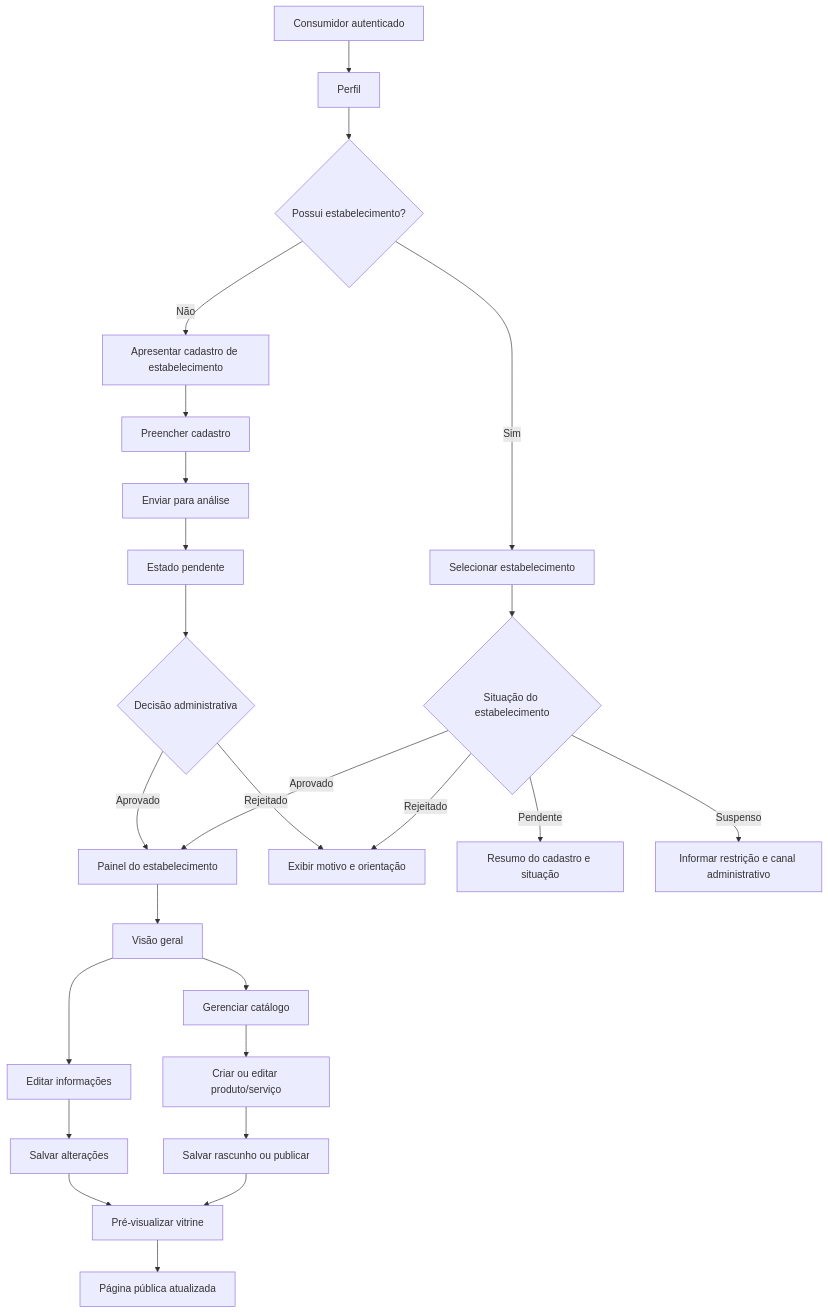
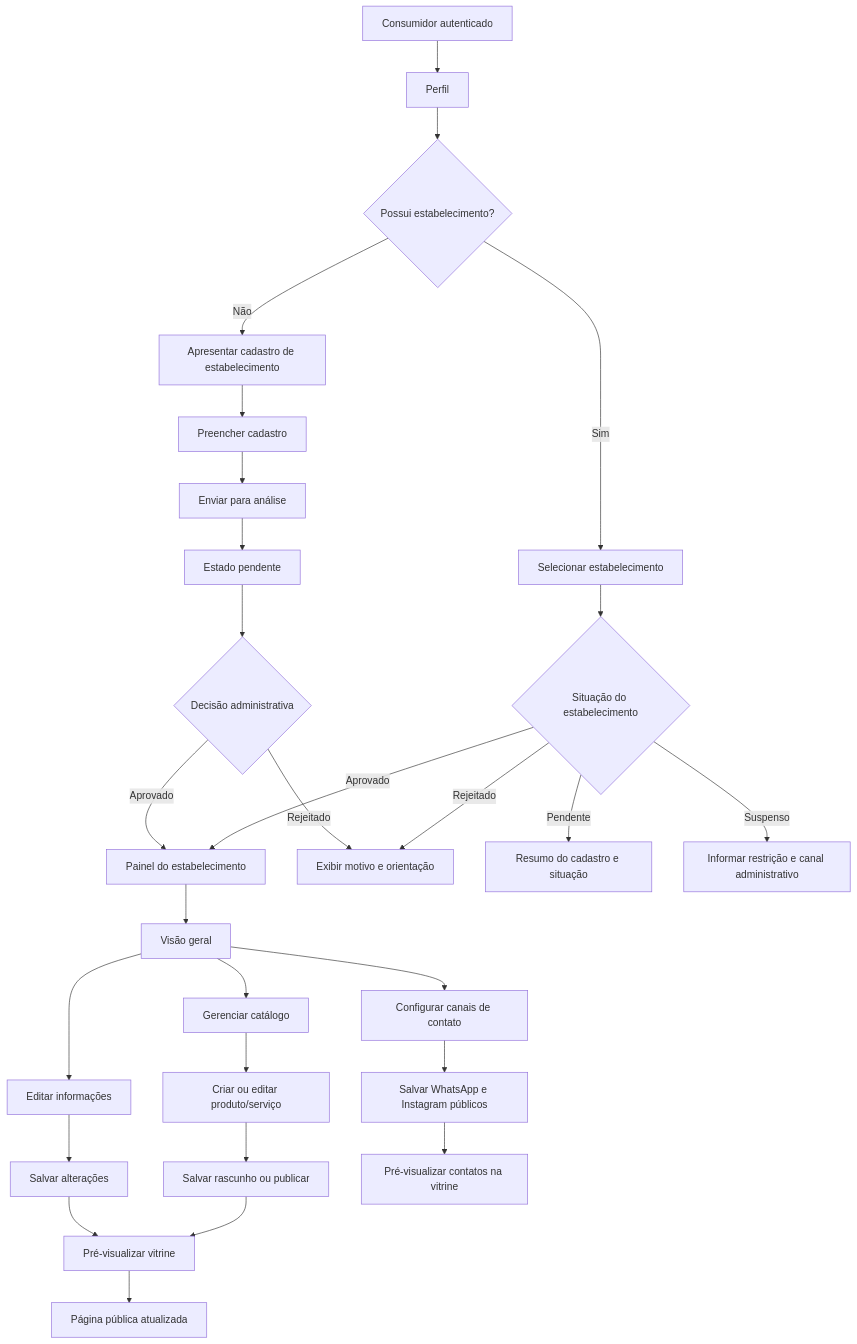
The diagram in docs/flows/OWNER_PANEL.md (CaioDGeraldi/inova-araras-19-11-2026), drawn with Mermaid before and after one commit. The commit also changed other lines of this file and 6 other files, not shown here.

````diff
--- a/docs/flows/OWNER_PANEL.md
+++ b/docs/flows/OWNER_PANEL.md
@@ -26,27 +26,30 @@
 ```mermaid
 flowchart TD
     A[Consumidor autenticado] --> B[Perfil]
     B --> C{Possui estabelecimento?}
     C -->|Não| D[Apresentar cadastro de estabelecimento]
     C -->|Sim| E[Selecionar estabelecimento]
     D --> F[Preencher cadastro]
     F --> G[Enviar para análise]
     G --> H[Estado pendente]
     H --> I{Decisão administrativa}
     I -->|Aprovado| J[Painel do estabelecimento]
     I -->|Rejeitado| K[Exibir motivo e orientação]
     E --> L{Situação do estabelecimento}
     L -->|Aprovado| J
     L -->|Pendente| M[Resumo do cadastro e situação]
     L -->|Rejeitado| K
     L -->|Suspenso| N[Informar restrição e canal administrativo]
     J --> O[Visão geral]
     O --> P[Editar informações]
     O --> Q[Gerenciar catálogo]
+    O --> W[Configurar canais de contato]
     P --> R[Salvar alterações]
     Q --> S[Criar ou editar produto/serviço]
     S --> T[Salvar rascunho ou publicar]
     R --> U[Pré-visualizar vitrine]
     T --> U
     U --> V[Página pública atualizada]
+    W --> X[Salvar WhatsApp e Instagram públicos]
+    X --> Y[Pré-visualizar contatos na vitrine]
 ```
````
